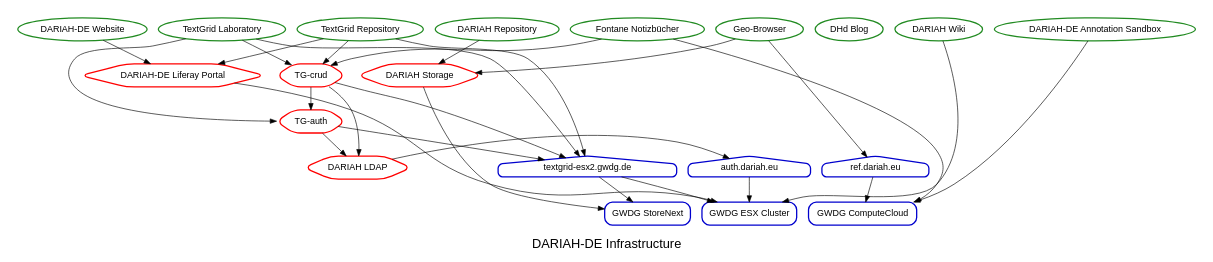
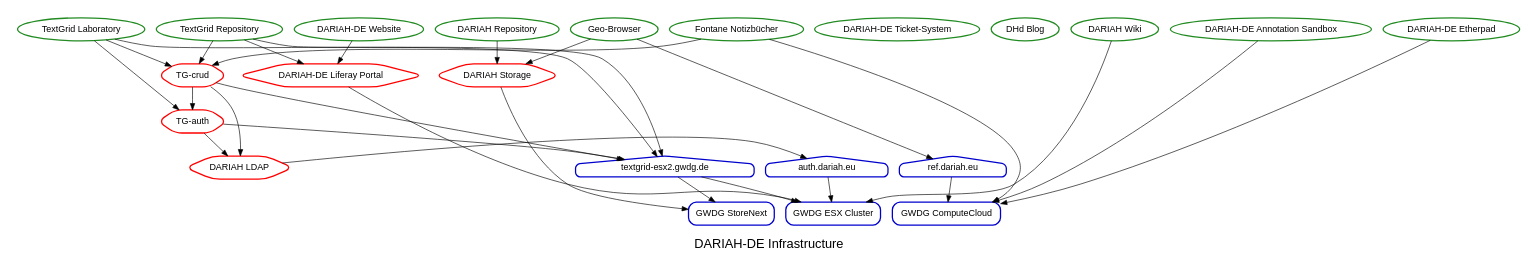
Before and after one commit to DARIAH-DE/status: the diagram in dariah_infrastructure.gv, drawn with Graphviz. The commit also changed 1 other file, not shown here.

Commit message:
graph update

```diff
--- a/dariah_infrastructure.gv
+++ b/dariah_infrastructure.gv
@@ -1,65 +1,68 @@
 digraph {
 	fontname=helvetica fontsize=20 label="DARIAH-DE Infrastructure"
 	subgraph cluster_services {
 		node [color=forestgreen fontname=helvetica shape=oval style="rounded,bold"]
 		color=white label=""
-		"/services/website" [label="DARIAH-DE Website"]
-		"/services/repository" [label="DARIAH Repository"]
-		"/services/dhdblog" [label="DHd Blog"]
-		"/services/tglab" [label="TextGrid Laboratory"]
 		"/services/tgrep" [label="TextGrid Repository"]
 		"/services/fontane" [label="Fontane Notizbücher"]
+		"/services/tglab" [label="TextGrid Laboratory"]
+		"/services/dhdblog" [label="DHd Blog"]
+		"/services/otrs" [label="DARIAH-DE Ticket-System"]
 		"/services/confluence" [label="DARIAH Wiki"]
 		"/services/annotation_sandbox" [label="DARIAH-DE Annotation Sandbox"]
+		"/services/etherpad" [label="DARIAH-DE Etherpad"]
+		"/services/website" [label="DARIAH-DE Website"]
 		"/services/geobrowser" [label="Geo-Browser"]
+		"/services/repository" [label="DARIAH Repository"]
 	}
 	subgraph cluster_middlewares {
 		node [color=red fontname=helvetica shape=hexagon style="rounded,bold"]
 		color=white label=""
+		"/middlewares/dariahstorage" [label="DARIAH Storage"]
+		"/middlewares/dariahldap" [label="DARIAH LDAP"]
+		"/middlewares/tgauth" [label="TG-auth"]
 		"/middlewares/liferay" [label="DARIAH-DE Liferay Portal"]
 		"/middlewares/tgcrud" [label="TG-crud"]
-		"/middlewares/dariahldap" [label="DARIAH LDAP"]
-		"/middlewares/dariahstorage" [label="DARIAH Storage"]
-		"/middlewares/tgauth" [label="TG-auth"]
 	}
 	subgraph cluster_servers {
 		node [color=blue3 fontname=helvetica shape=house style="rounded,bold"]
 		color=white label=""
-		"/servers/textgrid-esx2" [label="textgrid-esx2.gwdg.de"]
 		"/servers/ref" [label="ref.dariah.eu"]
 		"/servers/auth" [label="auth.dariah.eu"]
+		"/servers/textgrid-esx2" [label="textgrid-esx2.gwdg.de"]
 	}
 	subgraph cluster_infrastructure {
 		node [color=blue3 fontname=helvetica shape=box style="rounded,bold"]
 		color=white label=""
+		"/infrastructure/gwdg-esx" [label="GWDG ESX Cluster"]
+		"/infrastructure/gwdg-storenext" [label="GWDG StoreNext"]
 		"/infrastructure/gwdg-cloud" [label="GWDG ComputeCloud"]
-		"/infrastructure/gwdg-storenext" [label="GWDG StoreNext"]
-		"/infrastructure/gwdg-esx" [label="GWDG ESX Cluster"]
 	}
-	"/services/website" -> "/middlewares/liferay"
-	"/services/repository" -> "/middlewares/dariahstorage"
-	"/services/tglab" -> "/middlewares/tgauth"
-	"/services/tglab" -> "/middlewares/tgcrud"
-	"/services/tglab" -> "/servers/textgrid-esx2"
 	"/services/tgrep" -> "/middlewares/liferay"
 	"/services/tgrep" -> "/middlewares/tgcrud"
 	"/services/tgrep" -> "/servers/textgrid-esx2"
 	"/services/fontane" -> "/middlewares/tgcrud"
 	"/services/fontane" -> "/infrastructure/gwdg-cloud"
+	"/services/tglab" -> "/middlewares/tgauth"
+	"/services/tglab" -> "/middlewares/tgcrud"
+	"/services/tglab" -> "/servers/textgrid-esx2"
 	"/services/confluence" -> "/infrastructure/gwdg-esx"
 	"/services/annotation_sandbox" -> "/infrastructure/gwdg-cloud"
+	"/services/etherpad" -> "/infrastructure/gwdg-cloud"
+	"/services/website" -> "/middlewares/liferay"
 	"/services/geobrowser" -> "/middlewares/dariahstorage"
 	"/services/geobrowser" -> "/servers/ref"
+	"/services/repository" -> "/middlewares/dariahstorage"
+	"/middlewares/dariahstorage" -> "/infrastructure/gwdg-storenext"
+	"/middlewares/dariahldap" -> "/servers/auth"
+	"/middlewares/tgauth" -> "/middlewares/dariahldap"
+	"/middlewares/tgauth" -> "/servers/textgrid-esx2"
 	"/middlewares/liferay" -> "/infrastructure/gwdg-esx"
 	"/middlewares/tgcrud" -> "/middlewares/tgauth"
 	"/middlewares/tgcrud" -> "/middlewares/dariahldap"
 	"/middlewares/tgcrud" -> "/servers/textgrid-esx2"
-	"/middlewares/dariahldap" -> "/servers/auth"
-	"/middlewares/dariahstorage" -> "/infrastructure/gwdg-storenext"
-	"/middlewares/tgauth" -> "/middlewares/dariahldap"
-	"/middlewares/tgauth" -> "/servers/textgrid-esx2"
+	"/servers/ref" -> "/infrastructure/gwdg-cloud"
+	"/servers/auth" -> "/infrastructure/gwdg-esx"
 	"/servers/textgrid-esx2" -> "/infrastructure/gwdg-storenext"
 	"/servers/textgrid-esx2" -> "/infrastructure/gwdg-esx"
-	"/servers/ref" -> "/infrastructure/gwdg-cloud"
-	"/servers/auth" -> "/infrastructure/gwdg-esx"
 }
```
